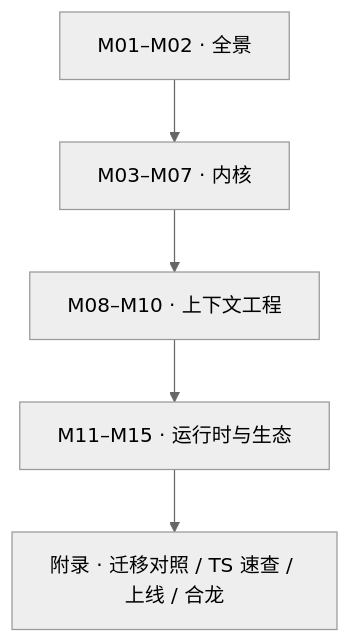
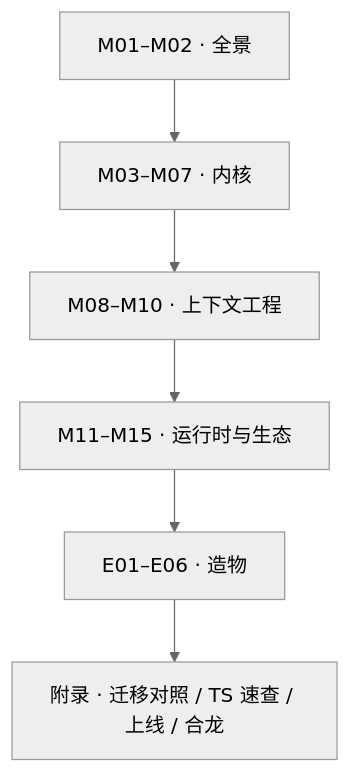
One commit to Daniel-csvw/pi-agent-book changed the diagram in README.md. Above: the diagram before and after it, drawn with Mermaid (neutral theme). The commit also changed other lines of this file and 2 other files, not shown here.

````diff
--- a/README.md
+++ b/README.md
@@ -130,7 +145,8 @@
 ```mermaid
 flowchart TB
     A["M01–M02 · 全景"] --> B["M03–M07 · 内核"]
     B --> C["M08–M10 · 上下文工程"]
     C --> D["M11–M15 · 运行时与生态"]
-    D --> E["附录 · 迁移对照 / TS 速查 / 上线 / 合龙"]
+    D --> E["E01–E06 · 造物"]
+    E --> F["附录 · 迁移对照 / TS 速查 / 上线 / 合龙"]
 ```
````
